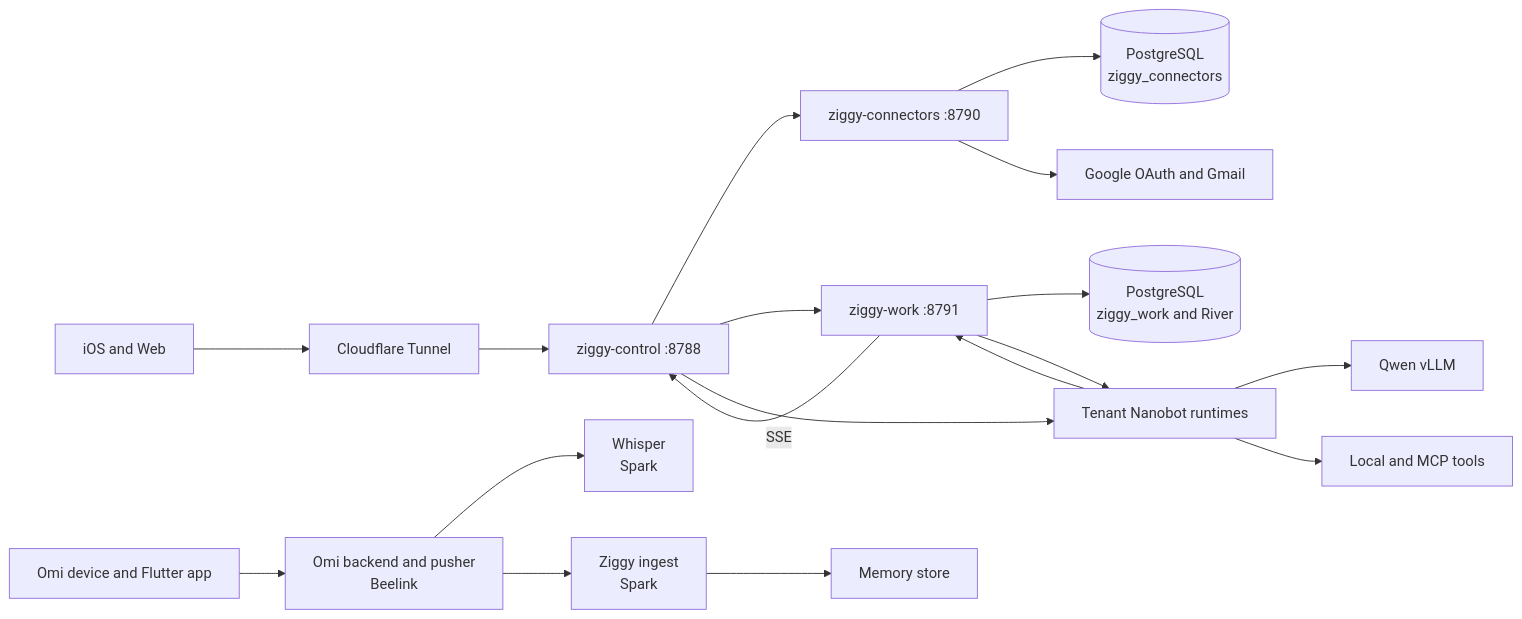
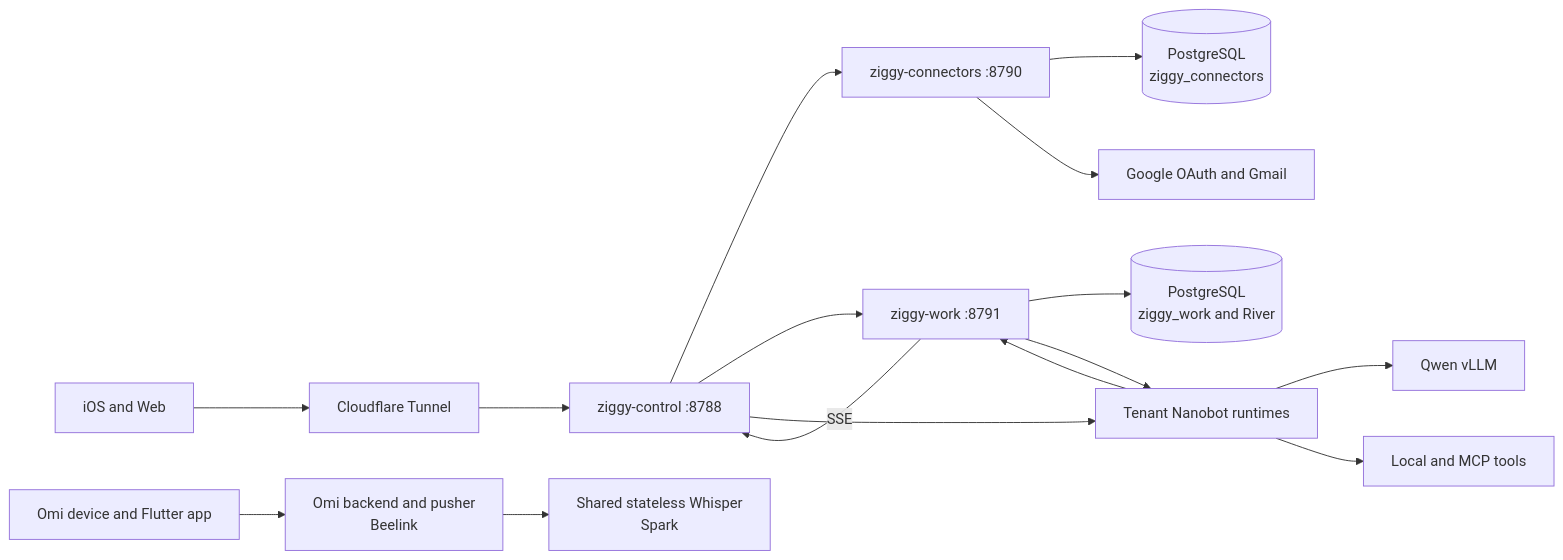
Before and after one commit to mihai-chiorean/nanobot: the diagram in docs/architecture/ziggy-spark-single-host.md, drawn with Mermaid. The commit also changed other lines of this file and 10 other files, not shown here.

Commit message:
fix(memory): isolate Omi recall and persist tenant workspaces

````diff
--- a/docs/architecture/ziggy-spark-single-host.md
+++ b/docs/architecture/ziggy-spark-single-host.md
@@ -22,24 +23,22 @@
 ```mermaid
 flowchart LR
     APP[iOS and Web] --> CF[Cloudflare Tunnel]
     CF --> CONTROL[ziggy-control :8788]
 
     CONTROL --> CONNECTORS[ziggy-connectors :8790]
     CONTROL --> WORK[ziggy-work :8791]
     CONTROL --> RUNTIME[Tenant Nanobot runtimes]
 
     CONNECTORS --> CDB[(PostgreSQL<br/>ziggy_connectors)]
     CONNECTORS --> GOOGLE[Google OAuth and Gmail]
 
     WORK --> WDB[(PostgreSQL<br/>ziggy_work and River)]
     WORK --> RUNTIME
     RUNTIME --> MODEL[Qwen vLLM]
     RUNTIME --> TOOLS[Local and MCP tools]
     RUNTIME --> WORK
     WORK -->|SSE| CONTROL
 
     ORB[Omi device and Flutter app] --> OMI[Omi backend and pusher<br/>Beelink]
-    OMI --> WHISPER[Whisper<br/>Spark]
-    OMI --> INGEST[Ziggy ingest<br/>Spark]
-    INGEST --> MEMORY[Memory store]
+    OMI --> WHISPER[Shared stateless Whisper<br/>Spark]
 ```
````
